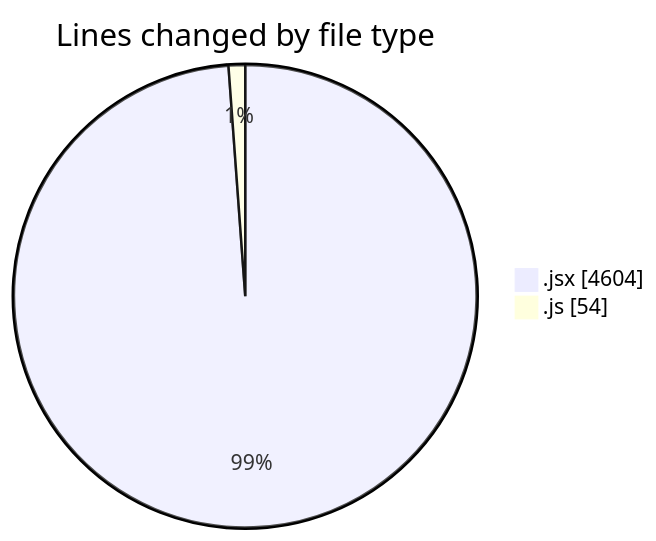
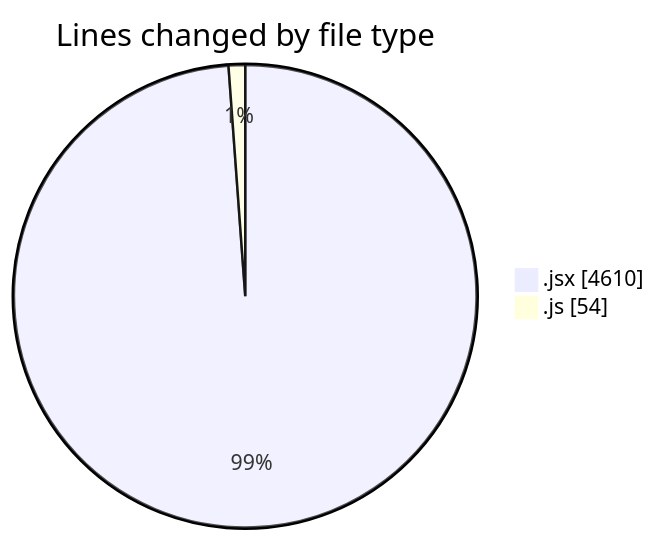
The first of 2 diagrams in 2025-06-25/nxtqube_webapp/README.md (nxtqubesakshisongat/code-tracking), drawn with Mermaid before and after one commit. The commit also changed other lines of this file and 1 other file, not shown here.

````diff
--- a/2025-06-25/nxtqube_webapp/README.md
+++ b/2025-06-25/nxtqube_webapp/README.md
@@ -24,6 +24,6 @@
 ```mermaid
 pie showData
 title Lines changed by file type
-".jsx" : 4604
+".jsx" : 4610
 ".js" : 54
 ```
````
